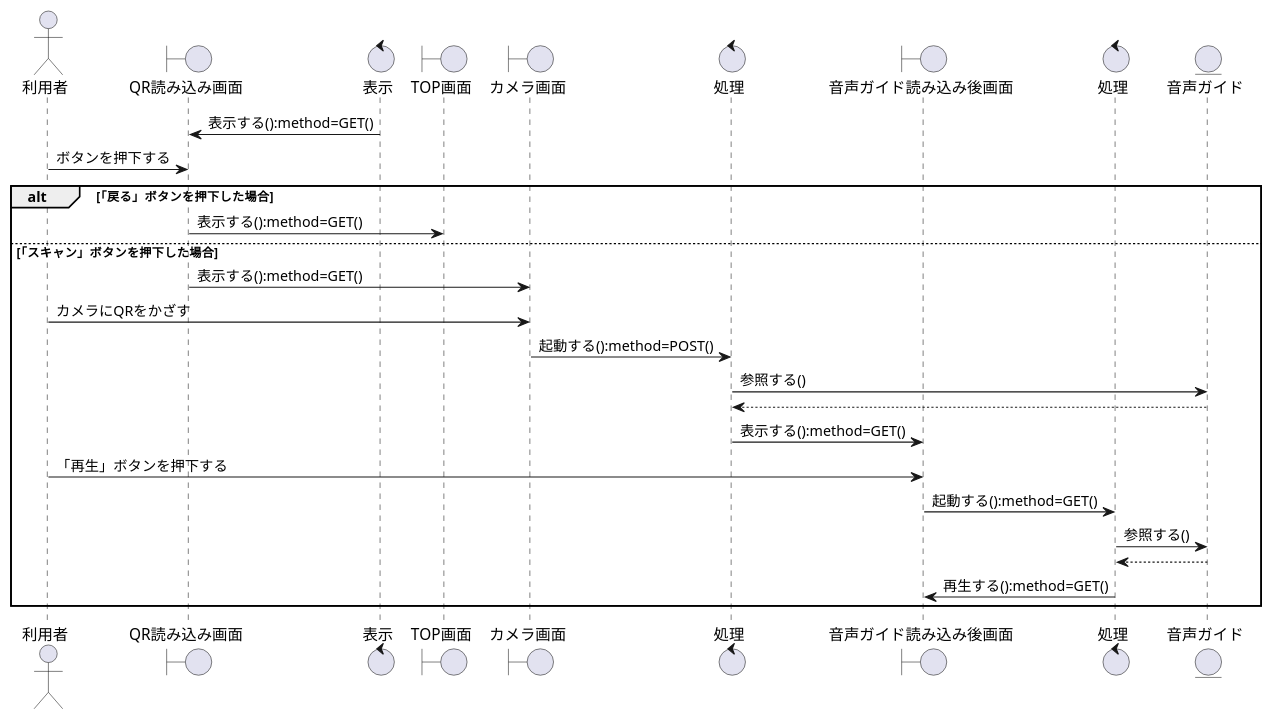
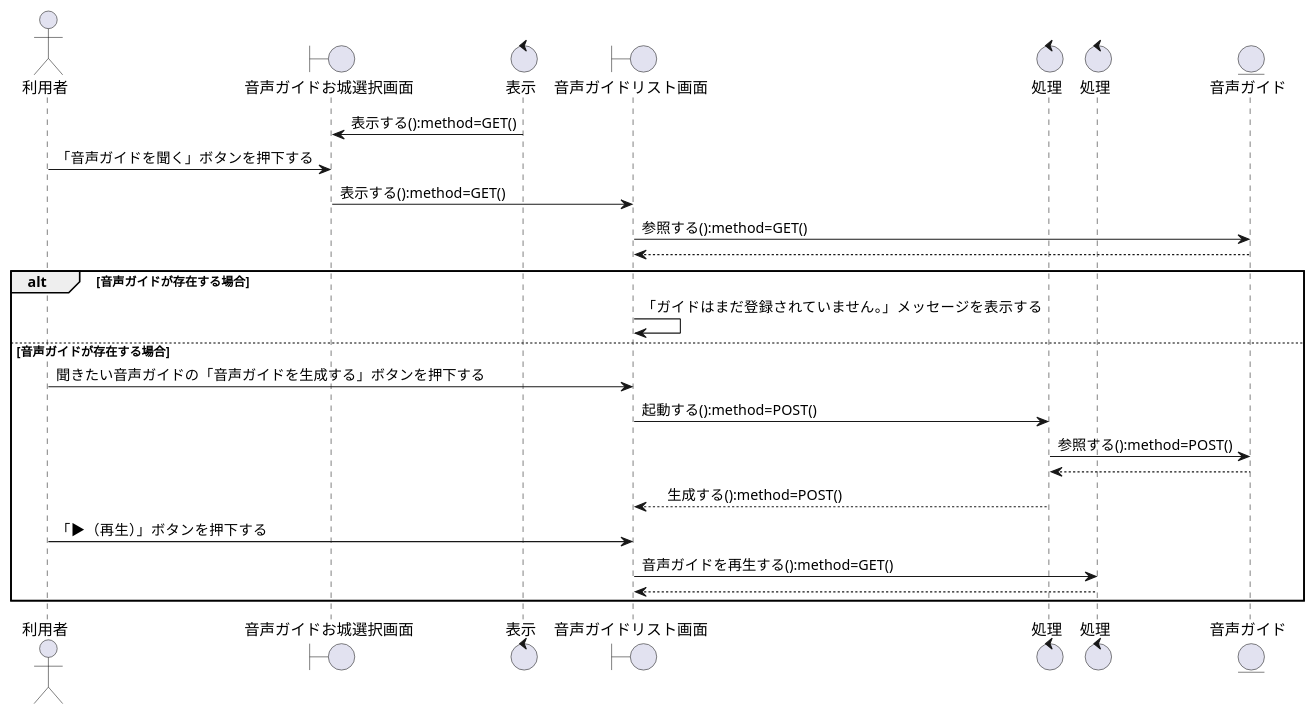
One commit to K-Rinrin/GroupE changed the diagram in お城/お城/設計書/シーケンス図/利用者/音声ガイド機能/シーケンス図_利用者が音声ガイドを再生する.pu. Above: the diagram before and after it, drawn with PlantUML. The commit also changed 5 other files, not shown here.

```diff
--- a/お城/お城/設計書/シーケンス図/利用者/音声ガイド機能/シーケンス図_利用者が音声ガイドを再生する.pu
+++ b/お城/お城/設計書/シーケンス図/利用者/音声ガイド機能/シーケンス図_利用者が音声ガイドを再生する.pu
@@ -1,37 +1,40 @@
 @startuml 利用者が音声ガイドを再生する
 
 
 ' ========================================
 ' 登場モノの定義
 ' ========================================
 actor "利用者" as User
-boundary "QR読み込み画面" as b1
+boundary "音声ガイドお城選択画面" as b1
 control "表示" as c1
-boundary "TOP画面" as b2
-boundary "カメラ画面" as b3
+boundary "音声ガイドリスト画面" as b2
 control "処理" as c2
-boundary "音声ガイド読み込み後画面" as b4
 control "処理" as c3
 entity "音声ガイド" as e1
+
 ' ========================================
 ' シーケンスの流れ
 ' ========================================
 c1 -> b1   : 表示する():method=GET()
-User -> b1 : ボタンを押下する
-alt 「戻る」ボタンを押下した場合
-    b1 -> b2 :表示する():method=GET()
-else 「スキャン」ボタンを押下した場合
-    b1 -> b3 :表示する():method=GET()
-    User -> b3 :カメラにQRをかざす
-    b3 -> c2 :起動する():method=POST()
-    c2 ->  e1 : 参照する()
-    c2 <-- e1
-    c2 -> b4 :表示する():method=GET()
-    User -> b4 :「再生」ボタンを押下する
-    b4 -> c3 :起動する():method=GET()
-    c3 ->  e1 : 参照する()
-    c3 <-- e1
-    c3 -> b4 :再生する():method=GET()
+User -> b1 : 「音声ガイドを聞く」ボタンを押下する
+b1 -> b2 :表示する():method=GET()
+b2 -> e1 : 参照する():method=GET()
+e1 -->  b2 :
+alt 音声ガイドが存在する場合
+    b2 -> b2 : 「ガイドはまだ登録されていません。」メッセージを表示する
+else 音声ガイドが存在する場合
+    User -> b2 : 聞きたい音声ガイドの「音声ガイドを生成する」ボタンを押下する
+    b2 -> c2 : 起動する():method=POST()
+    c2 -> e1 : 参照する():method=POST()
+    e1 --> c2 :
+    c2 --> b2 :　生成する():method=POST()
+    User -> b2 : 「▶（再生）」ボタンを押下する
+    b2 -> c3 : 音声ガイドを再生する():method=GET()
+    c3 --> b2
+
+
 end
 
+
+
 @enduml
```
